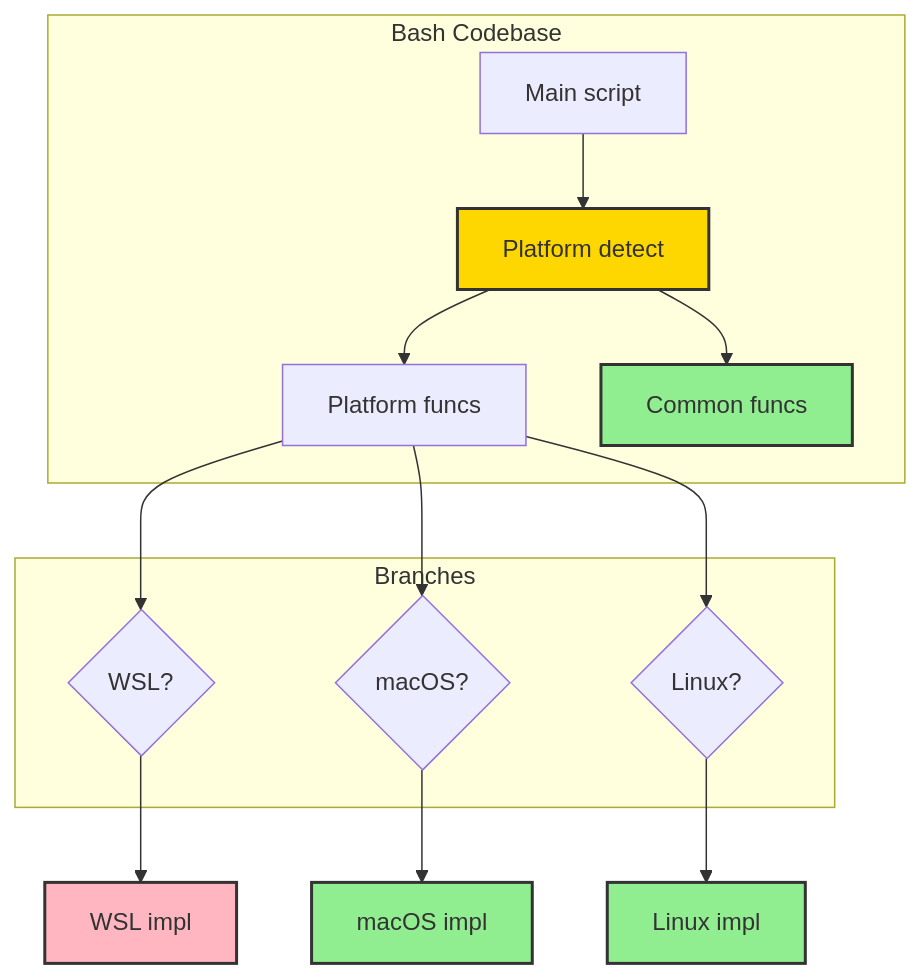
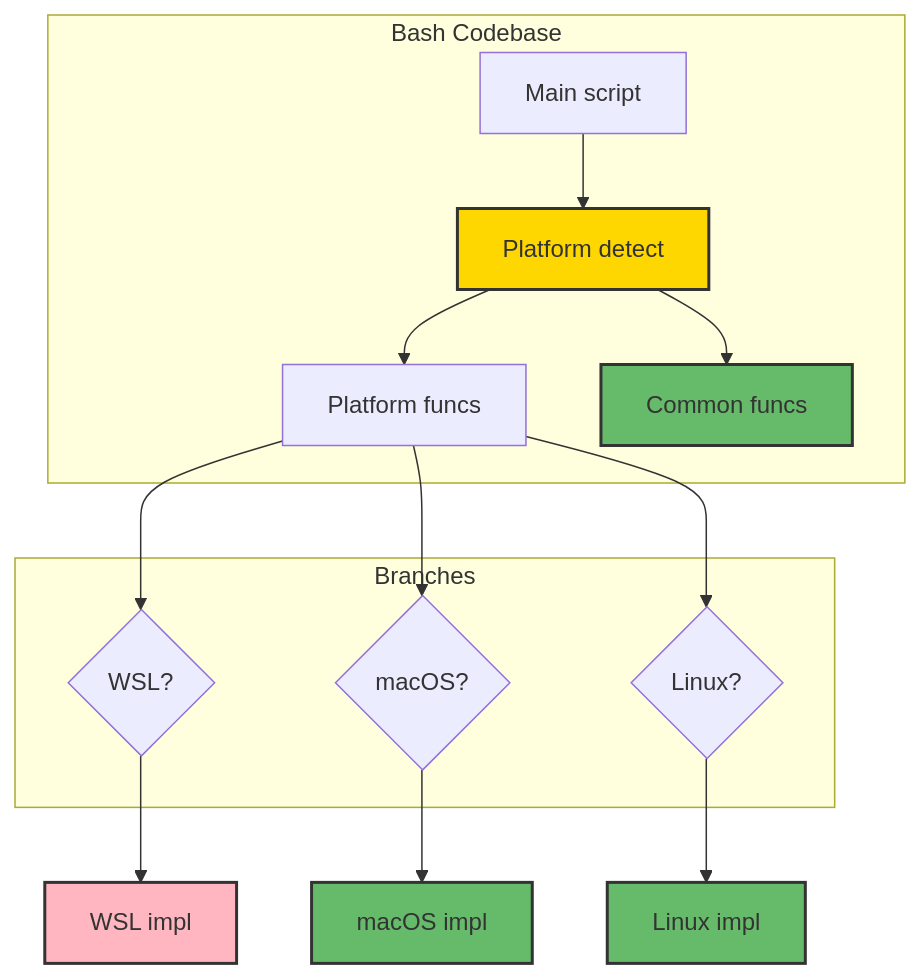
Before and after one commit to ManuelKugelmann/BitBot: the sixth of 6 diagrams in sparc/3-architecture/diagrams/05-cross-platform-flow.md, drawn with Mermaid. The commit also changed other lines of this file and 6 other files, not shown here.

First line of the commit message:
Improve diagram colors for better dark text contrast

````diff
--- a/sparc/3-architecture/diagrams/05-cross-platform-flow.md
+++ b/sparc/3-architecture/diagrams/05-cross-platform-flow.md
@@ -390,33 +390,33 @@
 ```mermaid
 graph TB
     subgraph CODE["Bash Codebase"]
         MAIN[Main script]
         DETECT[Platform detect]
         PLATFORM_FUNCS[Platform funcs]
         COMMON[Common funcs]
     end
 
     subgraph BRANCH["Branches"]
         WSL_BRANCH{WSL?}
         MAC_BRANCH{macOS?}
         LINUX_BRANCH{Linux?}
     end
 
     MAIN --> DETECT
     DETECT --> PLATFORM_FUNCS
     DETECT --> COMMON
 
     PLATFORM_FUNCS --> WSL_BRANCH
     PLATFORM_FUNCS --> MAC_BRANCH
     PLATFORM_FUNCS --> LINUX_BRANCH
 
     WSL_BRANCH --> WSL_IMPL[WSL impl]
     MAC_BRANCH --> MAC_IMPL[macOS impl]
     LINUX_BRANCH --> LINUX_IMPL[Linux impl]
 
     style DETECT fill:#ffd700,stroke:#333,stroke-width:2px
-    style COMMON fill:#90ee90,stroke:#333,stroke-width:2px
+    style COMMON fill:#66bb6a,stroke:#333,stroke-width:2px
     style WSL_IMPL fill:#ffb6c1,stroke:#333,stroke-width:2px
-    style MAC_IMPL fill:#90ee90,stroke:#333,stroke-width:2px
-    style LINUX_IMPL fill:#90ee90,stroke:#333,stroke-width:2px
+    style MAC_IMPL fill:#66bb6a,stroke:#333,stroke-width:2px
+    style LINUX_IMPL fill:#66bb6a,stroke:#333,stroke-width:2px
 ```
````
